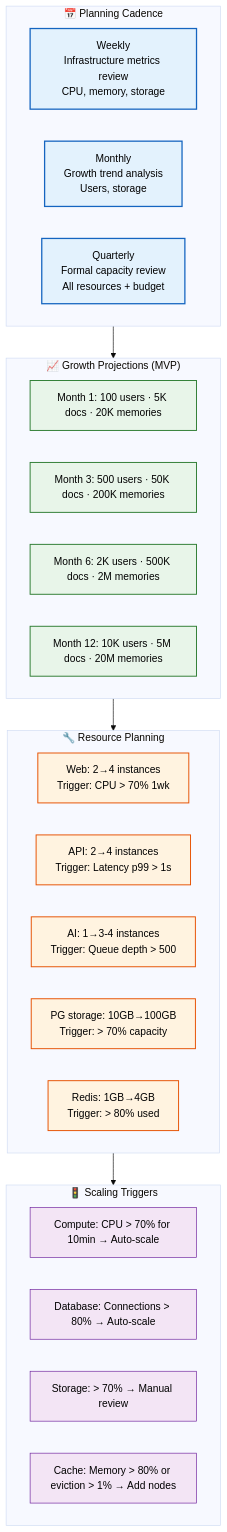
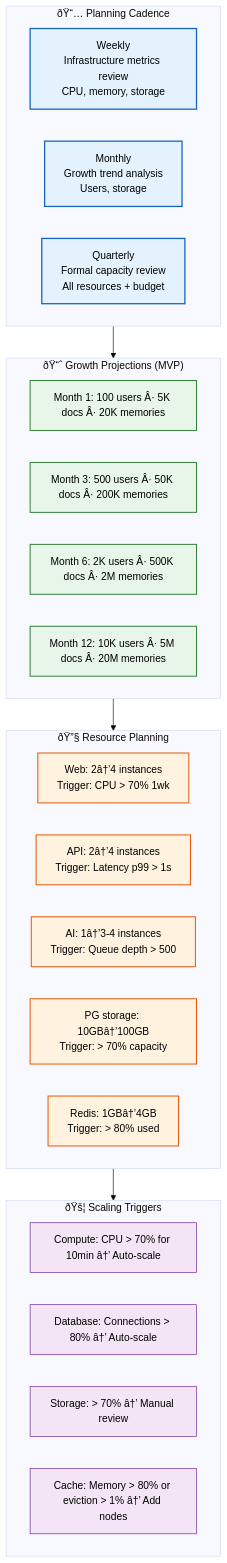
The diagram in Docs/Operations/Capacity-Planning.md (Driftloom/Vaeloom), drawn with Mermaid (base theme) before and after one commit. The commit also changed other lines of this file and 249 other files, not shown here.

````diff
--- a/Docs/Operations/Capacity-Planning.md
+++ b/Docs/Operations/Capacity-Planning.md
@@ -8,42 +8,42 @@
 ```mermaid
 graph TD
     classDef cadence fill:#e3f2fd,stroke:#1565c0,color:#000,stroke-width:2px
     classDef growth fill:#e8f5e9,stroke:#2e7d32,color:#000,stroke-width:1.5px
     classDef resource fill:#fff3e0,stroke:#e65100,color:#000,stroke-width:1.5px
     classDef trigger fill:#f3e5f5,stroke:#6a1b9a,color:#000,stroke-width:1px
 
-    subgraph Cadence["📅 Planning Cadence"]
+    subgraph Cadence["ðŸ“… Planning Cadence"]
         C1["Weekly<br/>Infrastructure metrics review<br/>CPU, memory, storage"]
         C2["Monthly<br/>Growth trend analysis<br/>Users, storage"]
         C3["Quarterly<br/>Formal capacity review<br/>All resources + budget"]
     end
 
-    subgraph Growth["📈 Growth Projections (MVP)"]
-        G1["Month 1: 100 users · 5K docs · 20K memories"]
-        G2["Month 3: 500 users · 50K docs · 200K memories"]
-        G3["Month 6: 2K users · 500K docs · 2M memories"]
-        G4["Month 12: 10K users · 5M docs · 20M memories"]
+    subgraph Growth["ðŸ“ˆ Growth Projections (MVP)"]
+        G1["Month 1: 100 users Â· 5K docs Â· 20K memories"]
+        G2["Month 3: 500 users Â· 50K docs Â· 200K memories"]
+        G3["Month 6: 2K users Â· 500K docs Â· 2M memories"]
+        G4["Month 12: 10K users Â· 5M docs Â· 20M memories"]
     end
 
-    subgraph Resources["🔧 Resource Planning"]
-        R1["Web: 2→4 instances<br/>Trigger: CPU > 70% 1wk"]
-        R2["API: 2→4 instances<br/>Trigger: Latency p99 > 1s"]
-        R3["AI: 1→3-4 instances<br/>Trigger: Queue depth > 500"]
-        R4["PG storage: 10GB→100GB<br/>Trigger: > 70% capacity"]
-        R5["Redis: 1GB→4GB<br/>Trigger: > 80% used"]
+    subgraph Resources["ðŸ”§ Resource Planning"]
+        R1["Web: 2â†’4 instances<br/>Trigger: CPU > 70% 1wk"]
+        R2["API: 2â†’4 instances<br/>Trigger: Latency p99 > 1s"]
+        R3["AI: 1â†’3-4 instances<br/>Trigger: Queue depth > 500"]
+        R4["PG storage: 10GBâ†’100GB<br/>Trigger: > 70% capacity"]
+        R5["Redis: 1GBâ†’4GB<br/>Trigger: > 80% used"]
     end
 
-    subgraph Triggers["🚦 Scaling Triggers"]
-        T1["Compute: CPU > 70% for 10min → Auto-scale"]
-        T2["Database: Connections > 80% → Auto-scale"]
-        T3["Storage: > 70% → Manual review"]
-        T4["Cache: Memory > 80% or eviction > 1% → Add nodes"]
+    subgraph Triggers["ðŸš¦ Scaling Triggers"]
+        T1["Compute: CPU > 70% for 10min â†’ Auto-scale"]
+        T2["Database: Connections > 80% â†’ Auto-scale"]
+        T3["Storage: > 70% â†’ Manual review"]
+        T4["Cache: Memory > 80% or eviction > 1% â†’ Add nodes"]
     end
 
     Cadence --> Growth --> Resources --> Triggers
 
     class C1,C2,C3 cadence
     class G1,G2,G3,G4 growth
     class R1,R2,R3,R4,R5 resource
     class T1,T2,T3,T4 trigger
 ```
````
